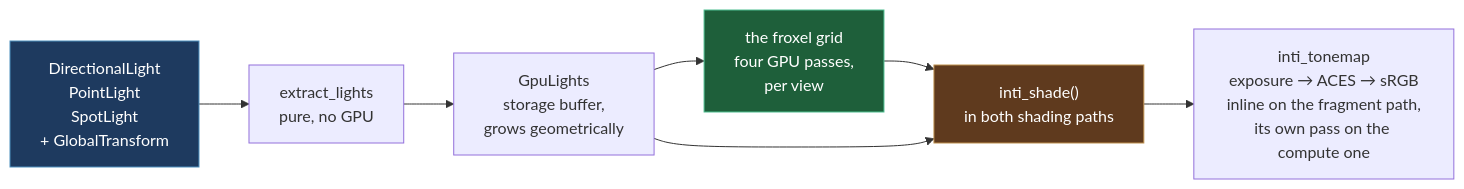
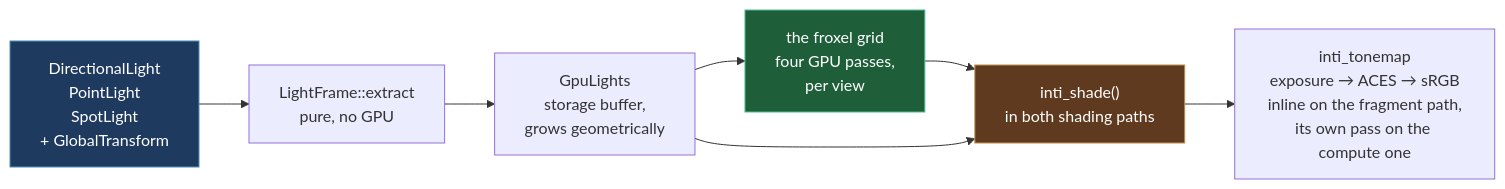
Before and after one commit to lobinuxsoft/kooch: the first of 2 diagrams in docs/book/src/architecture/lighting.md, drawn with Mermaid. The commit also changed other lines of this file and 19 other files, not shown here.

````diff
--- a/docs/book/src/architecture/lighting.md
+++ b/docs/book/src/architecture/lighting.md
@@ -24,13 +24,13 @@
 ```mermaid
 flowchart LR
-    C["DirectionalLight<br/>PointLight<br/>SpotLight<br/>+ GlobalTransform"] --> E[extract_lights<br/>pure, no GPU]
+    C["DirectionalLight<br/>PointLight<br/>SpotLight<br/>+ GlobalTransform"] --> E[LightFrame::extract<br/>pure, no GPU]
     E --> B[GpuLights<br/>storage buffer,<br/>grows geometrically]
     B --> G["the froxel grid<br/>four GPU passes,<br/>per view"]
     G --> S["inti_shade()<br/>in both shading paths"]
     B --> S
     S --> T["inti_tonemap<br/>exposure → ACES → sRGB<br/>inline on the fragment path,<br/>its own pass on the compute one"]
 
     style C fill:#1e3a5f,stroke:#4d8fbe,color:#fff
     style G fill:#1e5f3a,stroke:#4dbe8f,color:#fff
     style S fill:#5f3a1e,stroke:#be8f4d,color:#fff
 ```
````
